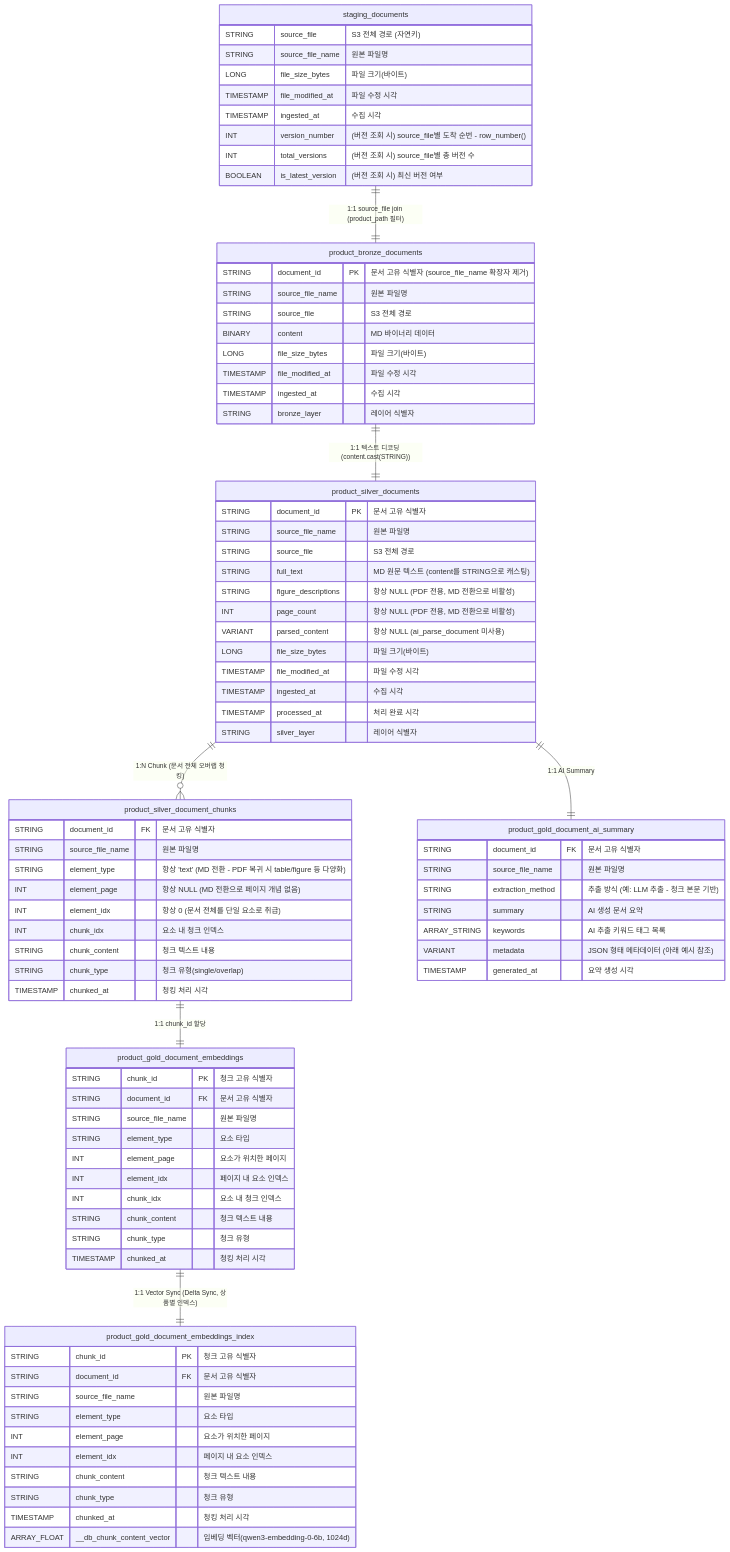
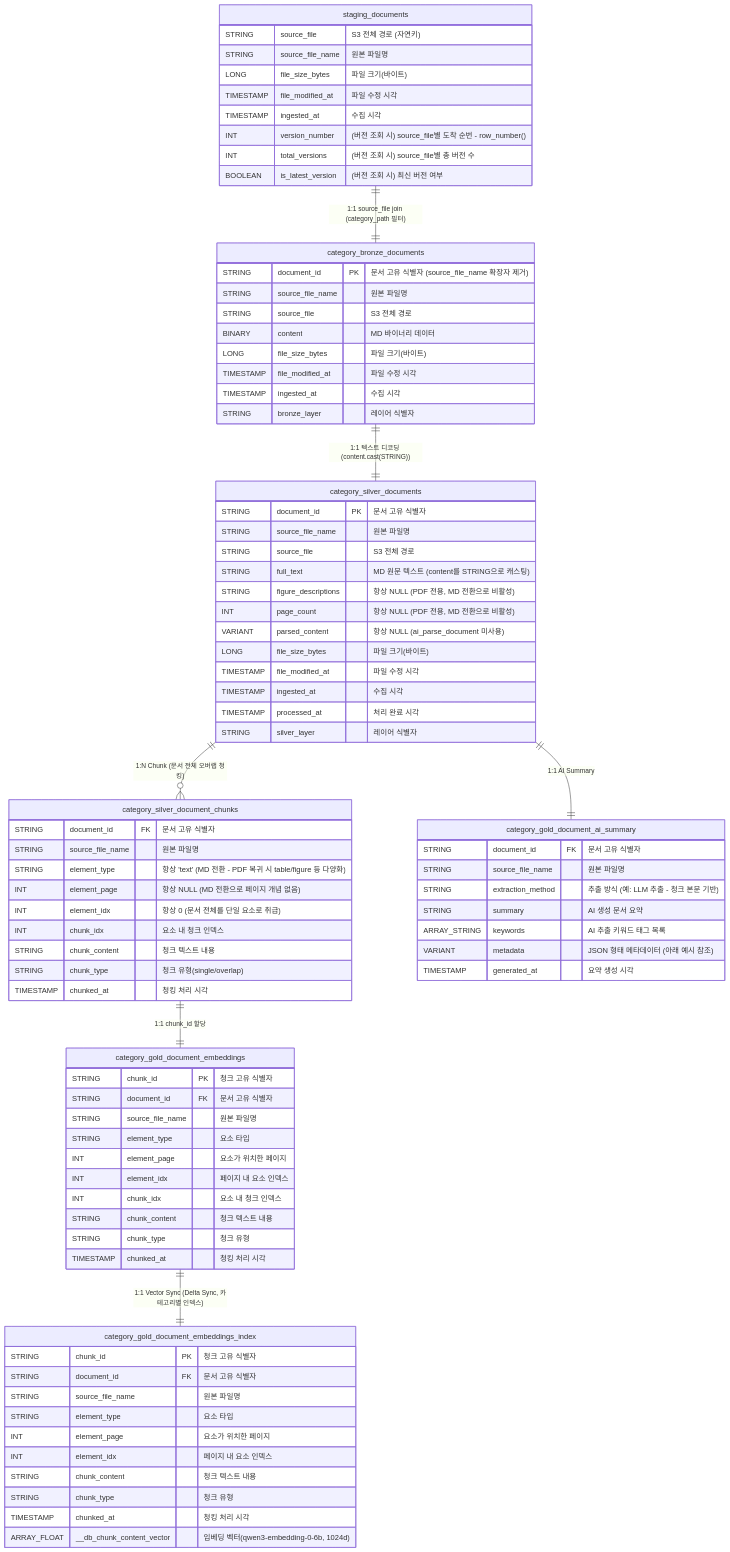
The second of 3 diagrams in databricks-pipeline-sample/dev_haesung_pipeline_architecture.md (jhsv8212/ai-ready-data-pipeline), drawn with Mermaid before and after one commit. The commit also changed other lines of this file and 10 other files, not shown here.

````diff
--- a/databricks-pipeline-sample/dev_haesung_pipeline_architecture.md
+++ b/databricks-pipeline-sample/dev_haesung_pipeline_architecture.md
@@ -87,7 +87,7 @@
         BOOLEAN is_latest_version "(버전 조회 시) 최신 버전 여부"
     }
 
-    product_bronze_documents {
+    category_bronze_documents {
         STRING document_id PK "문서 고유 식별자 (source_file_name 확장자 제거)"
         STRING source_file_name "원본 파일명"
         STRING source_file "S3 전체 경로"
@@ -98,7 +98,7 @@
         STRING bronze_layer "레이어 식별자"
     }
 
-    product_silver_documents {
+    category_silver_documents {
         STRING document_id PK "문서 고유 식별자"
         STRING source_file_name "원본 파일명"
         STRING source_file "S3 전체 경로"
@@ -113,7 +113,7 @@
         STRING silver_layer "레이어 식별자"
     }
 
-    product_silver_document_chunks {
+    category_silver_document_chunks {
         STRING document_id FK "문서 고유 식별자"
         STRING source_file_name "원본 파일명"
         STRING element_type "항상 'text' (MD 전환 - PDF 복귀 시 table/figure 등 다양화)"
@@ -125,7 +125,7 @@
         TIMESTAMP chunked_at "청킹 처리 시각"
     }
 
-    product_gold_document_ai_summary {
+    category_gold_document_ai_summary {
         STRING document_id FK "문서 고유 식별자"
         STRING source_file_name "원본 파일명"
         STRING extraction_method "추출 방식 (예: LLM 추출 - 청크 본문 기반)"
@@ -135,7 +135,7 @@
         TIMESTAMP generated_at "요약 생성 시각"
     }
 
-    product_gold_document_embeddings {
+    category_gold_document_embeddings {
         STRING chunk_id PK "청크 고유 식별자"
         STRING document_id FK "문서 고유 식별자"
         STRING source_file_name "원본 파일명"
@@ -148,7 +148,7 @@
         TIMESTAMP chunked_at "청킹 처리 시각"
     }
 
-    product_gold_document_embeddings_index {
+    category_gold_document_embeddings_index {
         STRING chunk_id PK "청크 고유 식별자"
         STRING document_id FK "문서 고유 식별자"
         STRING source_file_name "원본 파일명"
@@ -161,10 +161,10 @@
         ARRAY_FLOAT __db_chunk_content_vector "임베딩 벡터(qwen3-embedding-0-6b, 1024d)"
     }
 
-    staging_documents ||--|| product_bronze_documents : "1:1 source_file join (product_path 필터)"
-    product_bronze_documents ||--|| product_silver_documents : "1:1 텍스트 디코딩 (content.cast(STRING))"
-    product_silver_documents ||--o{ product_silver_document_chunks : "1:N Chunk (문서 전체 오버랩 청킹)"
-    product_silver_documents ||--|| product_gold_document_ai_summary : "1:1 AI Summary"
-    product_silver_document_chunks ||--|| product_gold_document_embeddings : "1:1 chunk_id 할당"
-    product_gold_document_embeddings ||--|| product_gold_document_embeddings_index : "1:1 Vector Sync (Delta Sync, 상품별 인덱스)"
+    staging_documents ||--|| category_bronze_documents : "1:1 source_file join (category_path 필터)"
+    category_bronze_documents ||--|| category_silver_documents : "1:1 텍스트 디코딩 (content.cast(STRING))"
+    category_silver_documents ||--o{ category_silver_document_chunks : "1:N Chunk (문서 전체 오버랩 청킹)"
+    category_silver_documents ||--|| category_gold_document_ai_summary : "1:1 AI Summary"
+    category_silver_document_chunks ||--|| category_gold_document_embeddings : "1:1 chunk_id 할당"
+    category_gold_document_embeddings ||--|| category_gold_document_embeddings_index : "1:1 Vector Sync (Delta Sync, 카테고리별 인덱스)"
 ```
````
